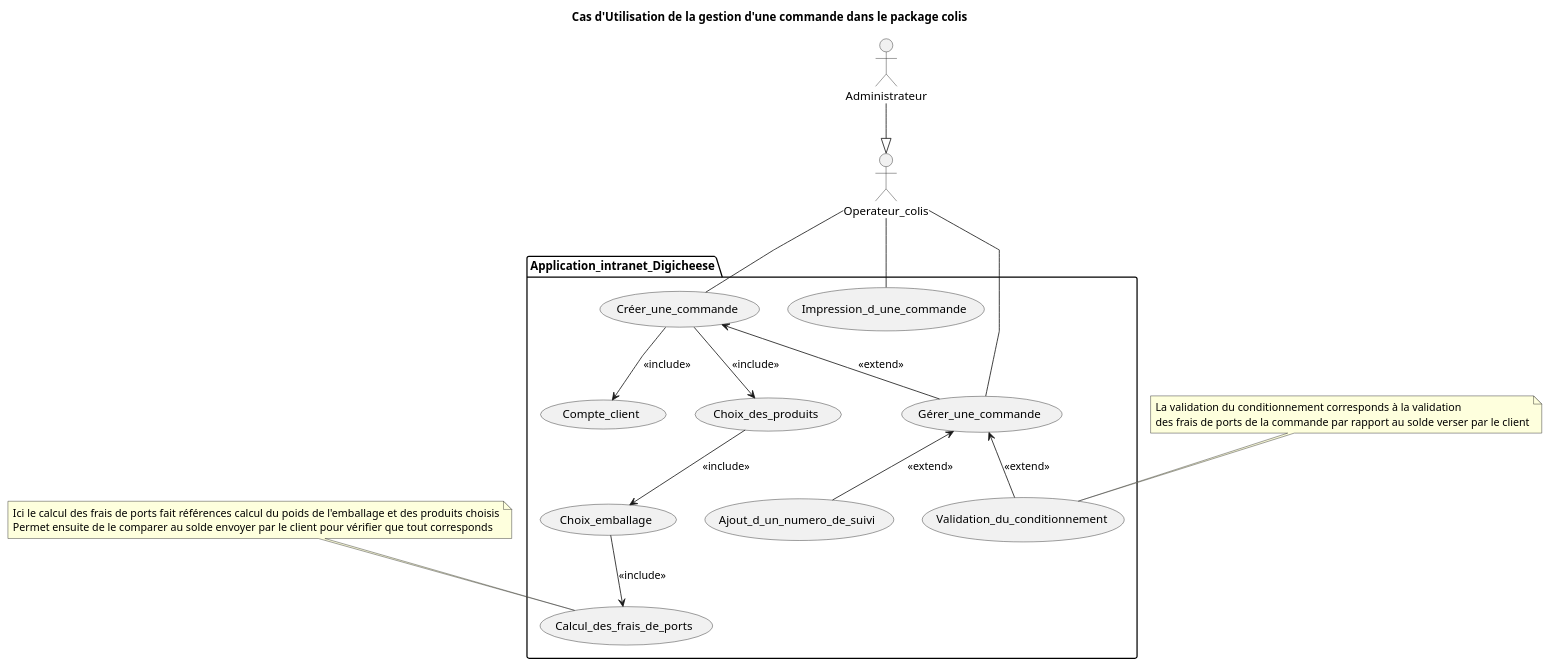
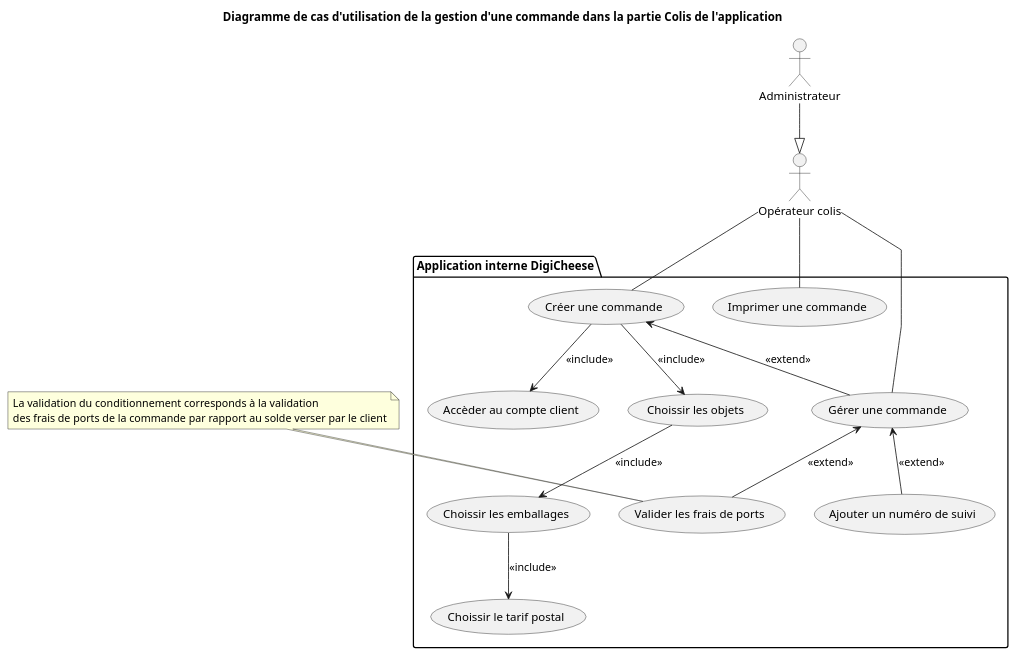
The diagram in Cas_d_utilisation/Cas_utilisation_colis.puml (Bluwen/Conception_d_une_application_informatique), drawn with PlantUML before and after one commit. The commit also changed 6 other files, not shown here.

```diff
--- a/Cas_d_utilisation/Cas_utilisation_colis.puml
+++ b/Cas_d_utilisation/Cas_utilisation_colis.puml
@@ -1,48 +1,49 @@
-@startuml Cas_utilisation_colis
+@startuml Cas d'utilisation de la gestion de commande côté colis
 'left to right direction
 skinparam linetype polyline
 
-actor Operateur_colis
-actor Administrateur
+actor "Opérateur colis"
+actor "Administrateur"
 
-package Application_intranet_Digicheese {
-    usecase Compte_client
+package "Application interne DigiCheese"  {
+    usecase "Accèder au compte client" 
 
-    usecase Créer_une_commande
-    usecase Gérer_une_commande
+    usecase "Créer une commande" 
+    usecase "Gérer une commande" 
 
-    usecase Choix_des_produits
-    usecase Choix_emballage
+    usecase "Choissir les objets" 
+    usecase "Choissir les emballages" 
+    usecase "Choissir le tarif postal"
 
-    usecase Calcul_des_frais_de_ports
-    usecase Validation_du_conditionnement
+    'usecase Calcul_des_frais_de_ports
+    usecase "Valider les frais de ports" 
 
-    usecase Ajout_d_un_numero_de_suivi
+    usecase "Ajouter un numéro de suivi" 
 
-    usecase Impression_d_une_commande
+    usecase "Imprimer une commande" 
 }
 
-Administrateur --|> Operateur_colis
+"Administrateur" --|> "Opérateur colis"
 
-Operateur_colis -- Créer_une_commande
-Operateur_colis -- Gérer_une_commande
-Operateur_colis -- Impression_d_une_commande
+"Opérateur colis" -- "Créer une commande" 
+"Opérateur colis" -- "Gérer une commande" 
+"Opérateur colis" -- "Imprimer une commande" 
 
-Créer_une_commande --> Compte_client : <<include>>
-Créer_une_commande --> Choix_des_produits : <<include>>
-Choix_des_produits --> Choix_emballage : <<include>>
-Choix_emballage --> Calcul_des_frais_de_ports : <<include>>
+"Créer une commande"  --> "Accèder au compte client"  : <<include>>
+"Créer une commande"  --> "Choissir les objets"  : <<include>>
+"Choissir les objets"  --> "Choissir les emballages"  : <<include>>
+"Choissir les emballages"  --> "Choissir le tarif postal" : <<include>>
 
-Créer_une_commande <-- Gérer_une_commande : <<extend>>
+"Créer une commande"  <-- "Gérer une commande"  : <<extend>>
 
-Gérer_une_commande <-- Validation_du_conditionnement : <<extend>>
-Gérer_une_commande <-- Ajout_d_un_numero_de_suivi : <<extend>>
+"Gérer une commande"  <-- "Valider les frais de ports"  : <<extend>>
+"Gérer une commande"  <-- "Ajouter un numéro de suivi"  : <<extend>>
 
-note "Ici le calcul des frais de ports fait références calcul du poids de l'emballage et des produits choisis\nPermet ensuite de le comparer au solde envoyer par le client pour vérifier que tout corresponds" as N1
+'note "Ici le calcul des frais de ports fait références calcul du poids de l'emballage et des produits choisis\nPermet ensuite de le comparer au solde envoyer par le client pour vérifier que tout corresponds" as N1
 note "La validation du conditionnement corresponds à la validation\ndes frais de ports de la commande par rapport au solde verser par le client" as N2
 
-N1 .. Calcul_des_frais_de_ports
-N2 .. Validation_du_conditionnement
+'N1 .. Calcul_des_frais_de_ports
+N2 .. "Valider les frais de ports" 
 
-title Cas d'Utilisation de la gestion d'une commande dans le package colis
+title Diagramme de cas d'utilisation de la gestion d'une commande dans la partie Colis de l'application
 @enduml
```
